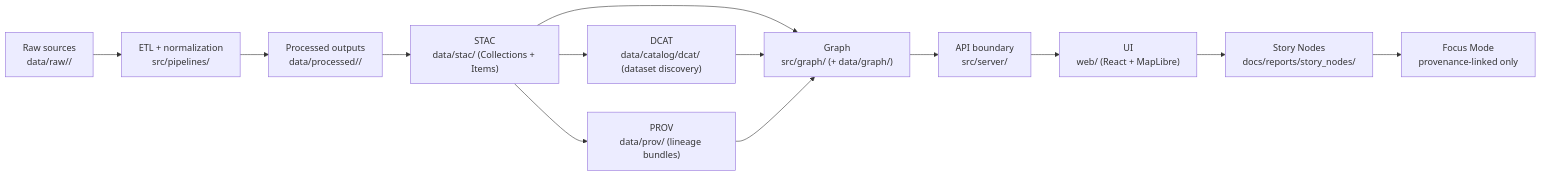
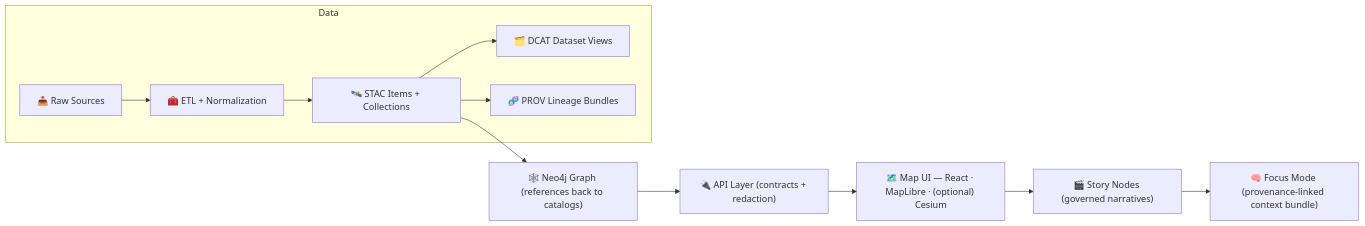
The diagram in data/stac/README.md (bartytime4life/Kansas-Frontier-Matrix), drawn with Mermaid before and after one commit. The commit also changed other lines of this file, not shown here.

First line of the commit message:
Revise README.md with catalog metadata and updates

````diff
--- a/data/stac/README.md
+++ b/data/stac/README.md
@@ -77,17 +130,15 @@
 ```mermaid
 flowchart LR
-  A["Raw sources<br/>data/raw/<domain>/"] --> B["ETL + normalization<br/>src/pipelines/"]
-  B --> C["Processed outputs<br/>data/processed/<domain>/"]
-  C --> S["STAC<br/>data/stac/ (Collections + Items)"]
-  S --> D["DCAT<br/>data/catalog/dcat/ (dataset discovery)"]
-  S --> P["PROV<br/>data/prov/ (lineage bundles)"]
+  subgraph Data
+    A["📥 Raw Sources"] --> B["🧰 ETL + Normalization"]
+    B --> C["🛰️ STAC Items + Collections"]
+    C --> D["🗂️ DCAT Dataset Views"]
+    C --> E["🧬 PROV Lineage Bundles"]
+  end
 
-  S --> G["Graph<br/>src/graph/ (+ data/graph/)"]
-  D --> G
-  P --> G
-
-  G --> API["API boundary<br/>src/server/"]
-  API --> UI["UI<br/>web/ (React + MapLibre)"]
-  UI --> SN["Story Nodes<br/>docs/reports/story_nodes/"]
-  SN --> FM["Focus Mode<br/>provenance-linked only"]
+  C --> G["🕸️ Neo4j Graph (references back to catalogs)"]
+  G --> H["🔌 API Layer (contracts + redaction)"]
+  H --> I["🗺️ Map UI — React · MapLibre · (optional) Cesium"]
+  I --> J["🎬 Story Nodes (governed narratives)"]
+  J --> K["🧠 Focus Mode (provenance-linked context bundle)"]
 ```
````
